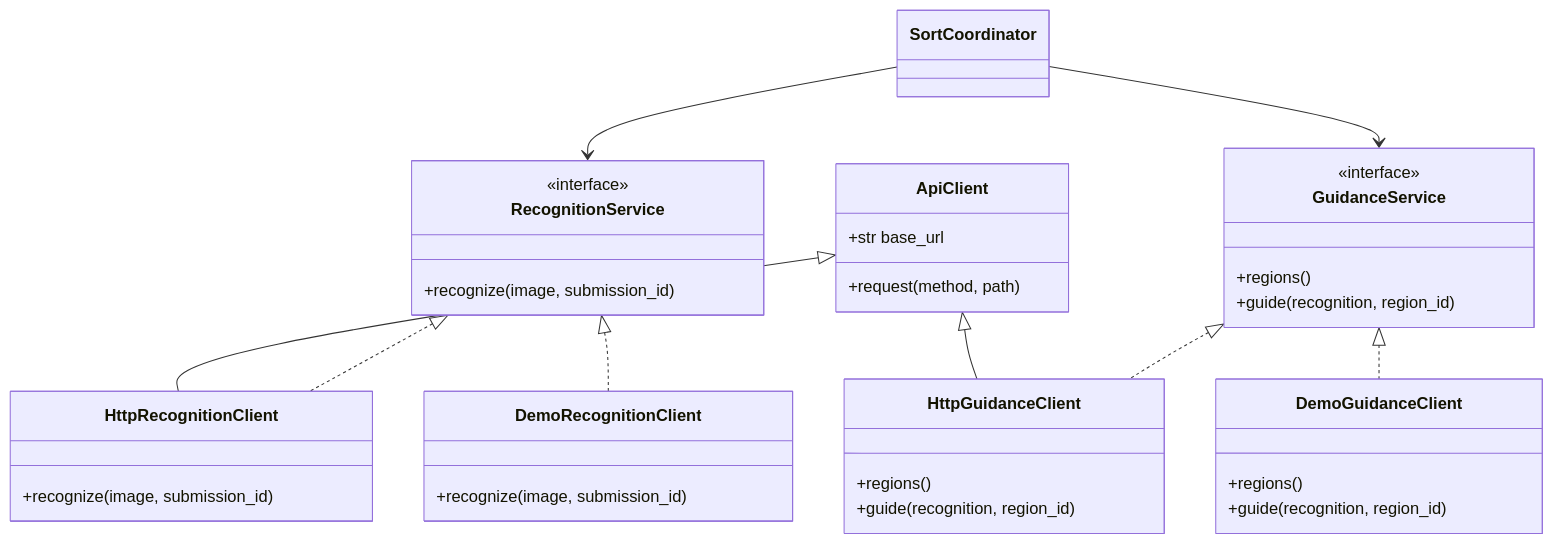
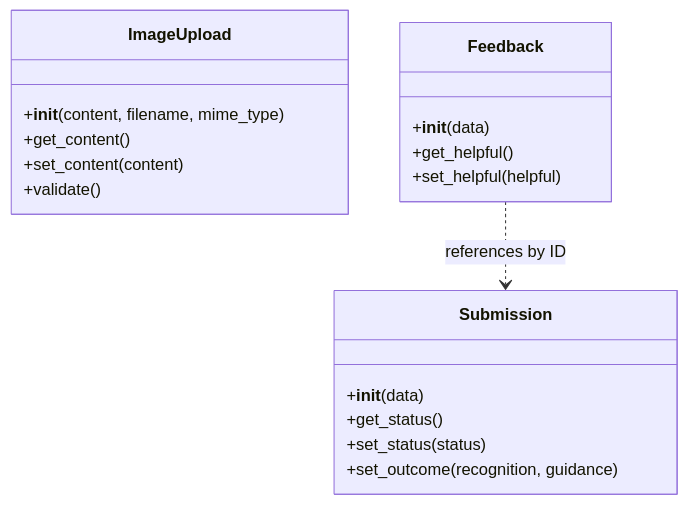
The first of 4 diagrams in README.md (adelbasalama/Resort), drawn with Mermaid before and after one commit. The commit also changed other lines of this file and 93 other files, not shown here.

Commit message:
Limit assignment 1 to the OOP classes and diagrams

````diff
--- a/README.md
+++ b/README.md
@@ -216,39 +33,21 @@
 ```mermaid
 classDiagram
-    class RecognitionService {
-        <<interface>>
-        +recognize(image, submission_id)
+    class ImageUpload {
+        +__init__(content, filename, mime_type)
+        +get_content()
+        +set_content(content)
+        +validate()
     }
-    class GuidanceService {
-        <<interface>>
-        +regions()
-        +guide(recognition, region_id)
+    class Submission {
+        +__init__(data)
+        +get_status()
+        +set_status(status)
+        +set_outcome(recognition, guidance)
     }
-    class ApiClient {
-        +str base_url
-        +request(method, path)
+    class Feedback {
+        +__init__(data)
+        +get_helpful()
+        +set_helpful(helpful)
     }
-    class HttpRecognitionClient {
-        +recognize(image, submission_id)
-    }
-    class HttpGuidanceClient {
-        +regions()
-        +guide(recognition, region_id)
-    }
-    class DemoRecognitionClient {
-        +recognize(image, submission_id)
-    }
-    class DemoGuidanceClient {
-        +regions()
-        +guide(recognition, region_id)
-    }
-    class SortCoordinator
-    ApiClient <|-- HttpRecognitionClient
-    ApiClient <|-- HttpGuidanceClient
-    RecognitionService <|.. HttpRecognitionClient
-    RecognitionService <|.. DemoRecognitionClient
-    GuidanceService <|.. HttpGuidanceClient
-    GuidanceService <|.. DemoGuidanceClient
-    SortCoordinator --> RecognitionService
-    SortCoordinator --> GuidanceService
+    Feedback ..> Submission : references by ID
 ```
````
